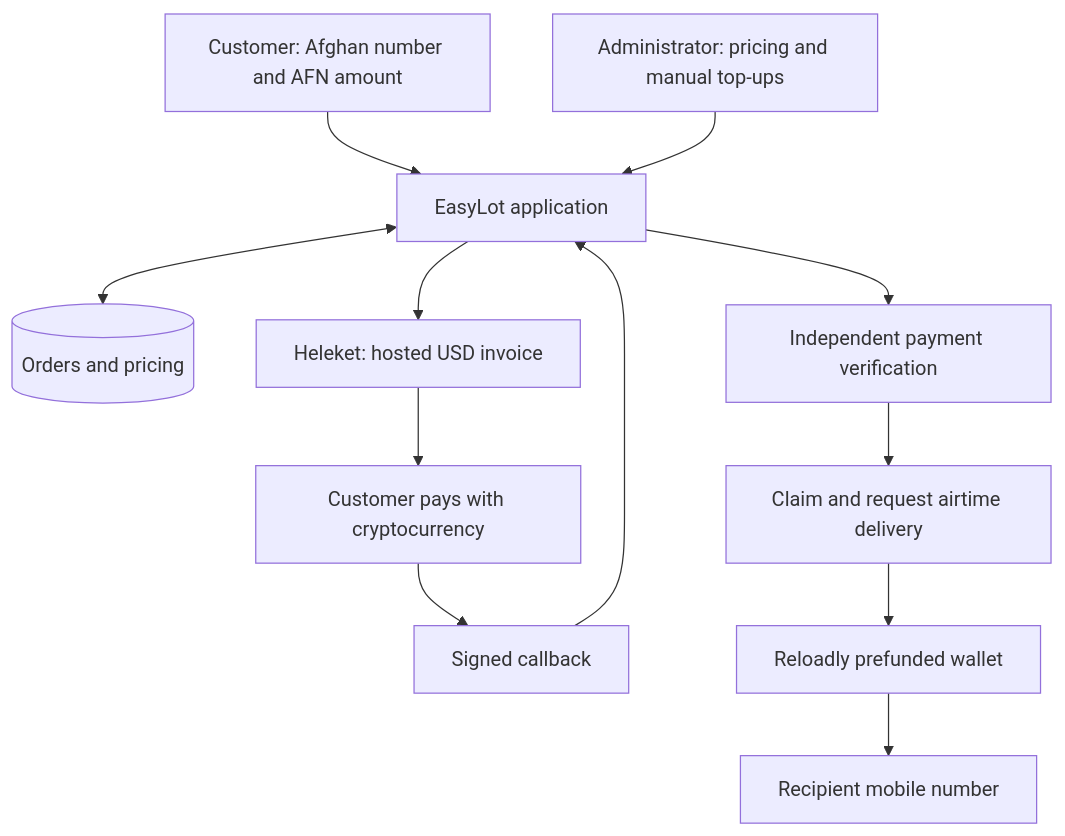
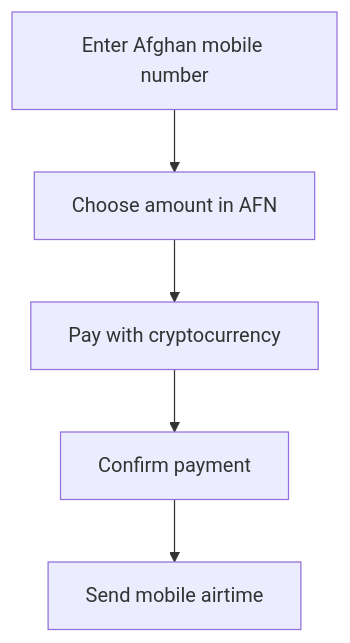
Before and after one commit to rizwanullahmuahed2-ui/easylot-showcase: the diagram in README.md, drawn with Mermaid. The commit also changed other lines of this file and 2 other files, not shown here.

Commit message:
Describe cryptocurrency payments and airtime delivery without naming service providers

````diff
--- a/README.md
+++ b/README.md
@@ -43,14 +43,7 @@
 ```mermaid
 flowchart TD
-    Customer[Customer: Afghan number and AFN amount] --> App[EasyLot application]
-    Admin[Administrator: pricing and manual top-ups] --> App
-    App <--> Store[(Orders and pricing)]
-    App --> Invoice[Heleket: hosted USD invoice]
-    Invoice --> Payment[Customer pays with cryptocurrency]
-    Payment --> Callback[Signed callback]
-    Callback --> App
-    App --> Verify[Independent payment verification]
-    Verify --> Delivery[Claim and request airtime delivery]
-    Delivery --> Reloadly[Reloadly prefunded wallet]
-    Reloadly --> Phone[Recipient mobile number]
+    Number[Enter Afghan mobile number] --> Amount[Choose amount in AFN]
+    Amount --> Payment[Pay with cryptocurrency]
+    Payment --> Verify[Confirm payment]
+    Verify --> Airtime[Send mobile airtime]
 ```
````
